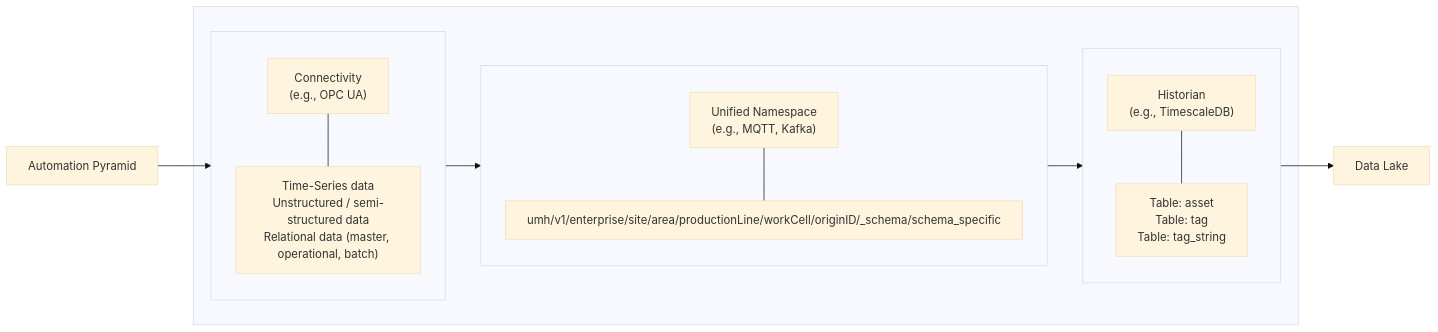
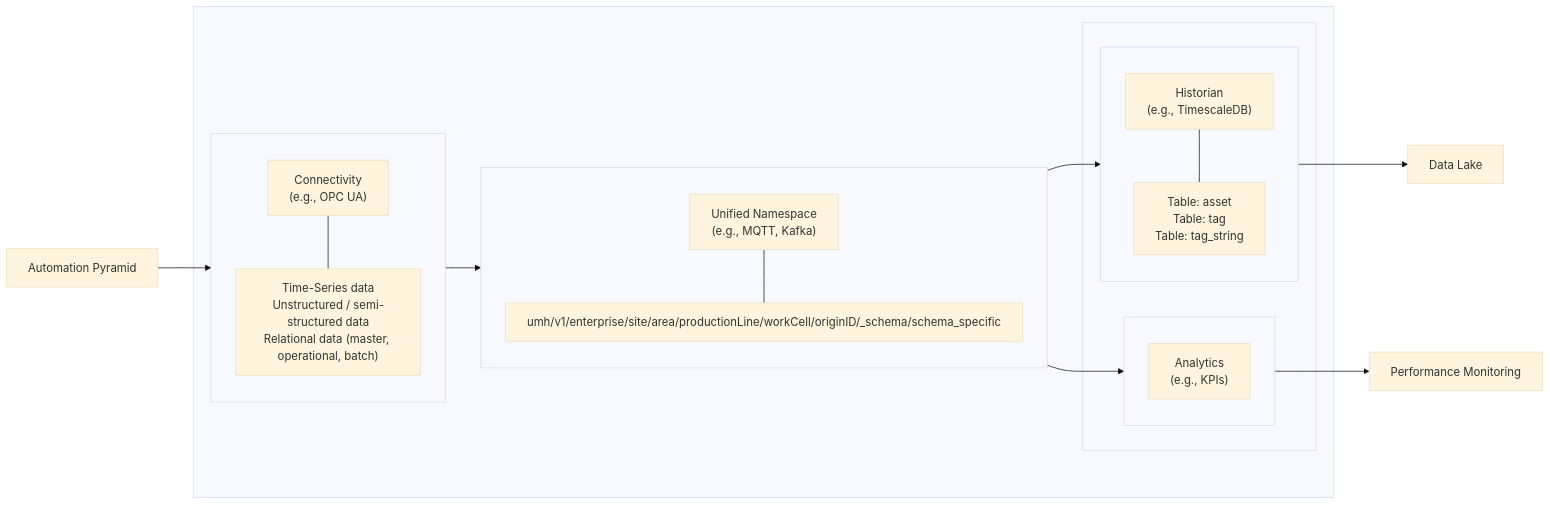
One commit to united-manufacturing-hub/umh.docs.umh.app changed the diagram in umh.docs.umh.app/content/en/docs/datamodel/_index.md. Above: the diagram before and after it, drawn with Mermaid (base theme). The commit also changed other lines of this file, not shown here.

```diff
--- a/umh.docs.umh.app/content/en/docs/datamodel/_index.md
+++ b/umh.docs.umh.app/content/en/docs/datamodel/_index.md
@@ -8,35 +8,43 @@
 {{<mermaid theme="neutral" >}}
 flowchart LR
 AP[Automation Pyramid] --> C_d
 C_d --> UN_d
 UN_d --> H_d
+UN_d --> A_d
 H_d --> DL[Data Lake]
+A_d --> G[Performance Monitoring]
 
     subgraph UNS[ ]
         subgraph C_d[ ]
             C_d_infoX["Connectivity\n(e.g., OPC UA)"]
             C_d_info["Time-Series data\nUnstructured / semi-structured data\nRelational data (master, operational, batch)"]
             C_d_infoX --- C_d_info
         end
 
         subgraph UN_d[ ]
             UN_d_infoX["Unified Namespace\n(e.g., MQTT, Kafka)"]
             UN_d_info["umh/v1/enterprise/site/area/productionLine/workCell/originID/_schema/schema_specific"]
-            UN_d_infoX --- UN_d_info
+           UN_d_infoX --- UN_d_info
         end
 
-        subgraph H_d[ ]
-            H_d_infoX["Historian\n(e.g., TimescaleDB)"]
-            H_d_info[Table: asset\nTable: tag\nTable: tag_string]
-            H_d_infoX --- H_d_info
+        subgraph DC[ ]
+            subgraph H_d[ ]
+                H_d_infoX["Historian\n(e.g., TimescaleDB)"]
+                H_d_info[Table: asset\nTable: tag\nTable: tag_string]
+                H_d_infoX --- H_d_info
+            end
+
+            subgraph A_d[ ]
+                A_d_infoX["Analytics\n(e.g., KPIs)"]
+            end
         end
+
     end
 click C_d_infoX href "../features/connectivity"
 click UN_d_infoX href "./messages"
 click H_d_infoX href "./database"
 click C_d_info href "../features/connectivity"
 click UN_d_info href "./messages"
 click H_d_info href "./database"
 
-
 {{</ mermaid >}}
```
